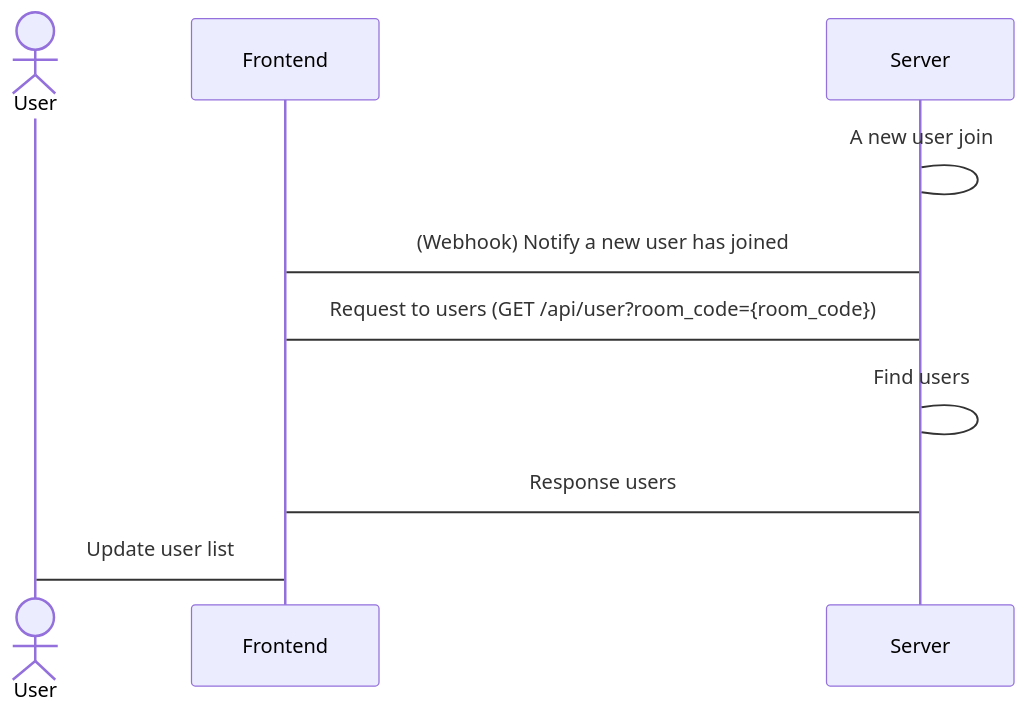
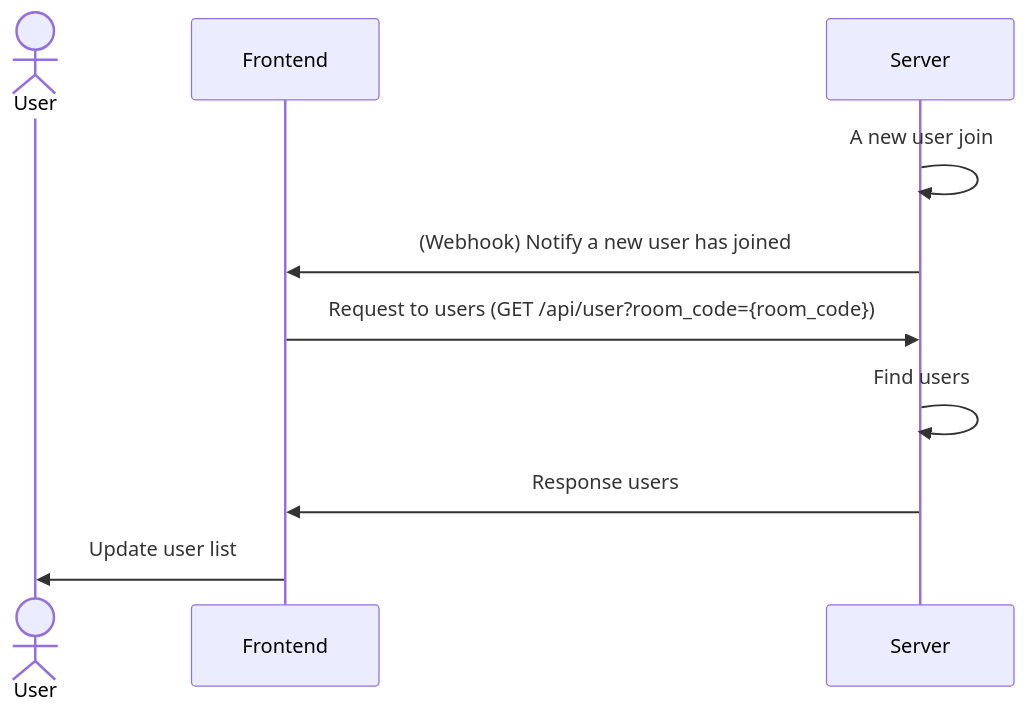
The diagram in liar-game-app/docs/user_get_users.md (youngcha-lab/liar-game), drawn with Mermaid before and after one commit. The commit also changed 5 other files, not shown here.

````diff
--- a/liar-game-app/docs/user_get_users.md
+++ b/liar-game-app/docs/user_get_users.md
@@ -1,13 +1,13 @@
 ```mermaid
 sequenceDiagram
 actor user as User
 participant fe as Frontend
 participant server as Server
 
-server -> server: A new user join
-server -> fe: (Webhook) Notify a new user has joined
-fe -> server: Request to users (GET /api/user?room_code={room_code})
-server -> server: Find users 
-server -> fe: Response users
-fe -> user: Update user list
+server ->> server: A new user join
+server ->> fe: (Webhook) Notify a new user has joined
+fe ->> server: Request to users (GET /api/user?room_code={room_code})
+server ->> server: Find users 
+server ->> fe: Response users
+fe ->> user: Update user list
 ```
````
